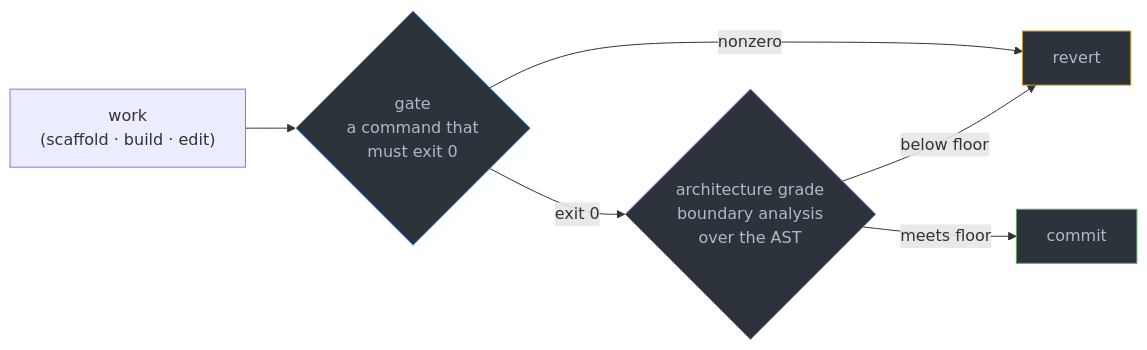
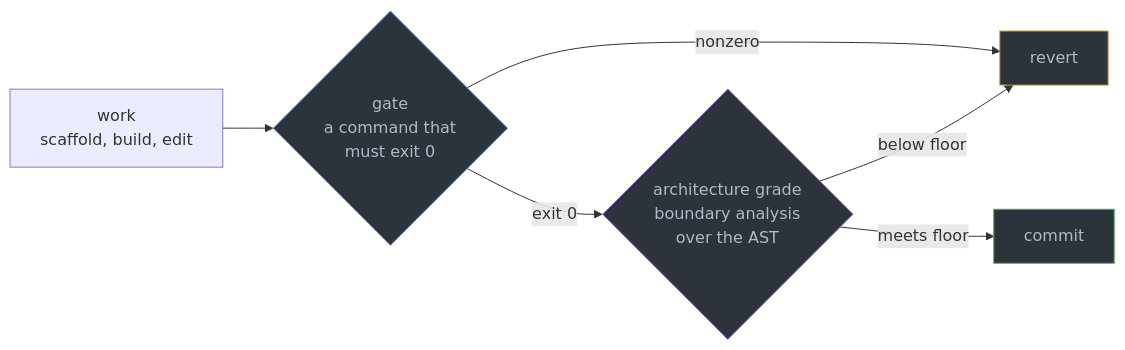
One commit to gaberger/hex changed the first of 3 diagrams in ARCHITECTURE.md. Above: the diagram before and after it, drawn with Mermaid. The commit also changed other lines of this file and 2 other files, not shown here.

````diff
--- a/ARCHITECTURE.md
+++ b/ARCHITECTURE.md
@@ -14,13 +14,13 @@
 ```mermaid
 flowchart LR
-    W["work<br/>(scaffold · build · edit)"] --> G1{"gate<br/>a command that<br/>must exit 0"}
-    G1 -->|nonzero| R["revert"]
+    W["work<br/>scaffold, build, edit"] --> G1{"gate<br/>a command that<br/>must exit 0"}
+    G1 -->|"nonzero"| R["revert"]
     G1 -->|"exit 0"| G2{"architecture grade<br/>boundary analysis<br/>over the AST"}
     G2 -->|"below floor"| R
     G2 -->|"meets floor"| C["commit"]
 
     style G1 fill:#2d333b,stroke:#539bf5,color:#adbac7
     style G2 fill:#2d333b,stroke:#986ee2,color:#adbac7
     style C fill:#2d333b,stroke:#57ab5a,color:#adbac7
     style R fill:#2d333b,stroke:#c69026,color:#adbac7
 ```
````
